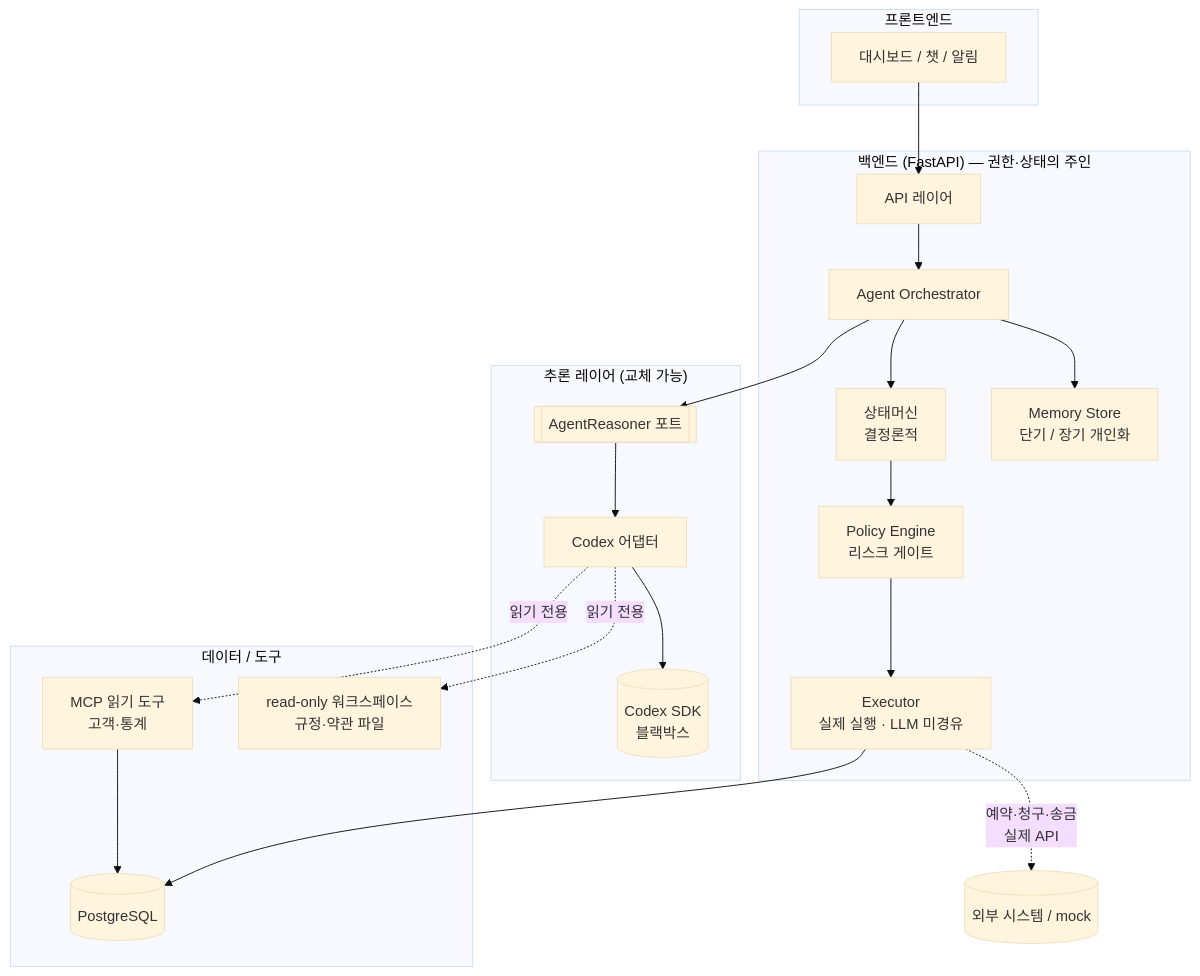
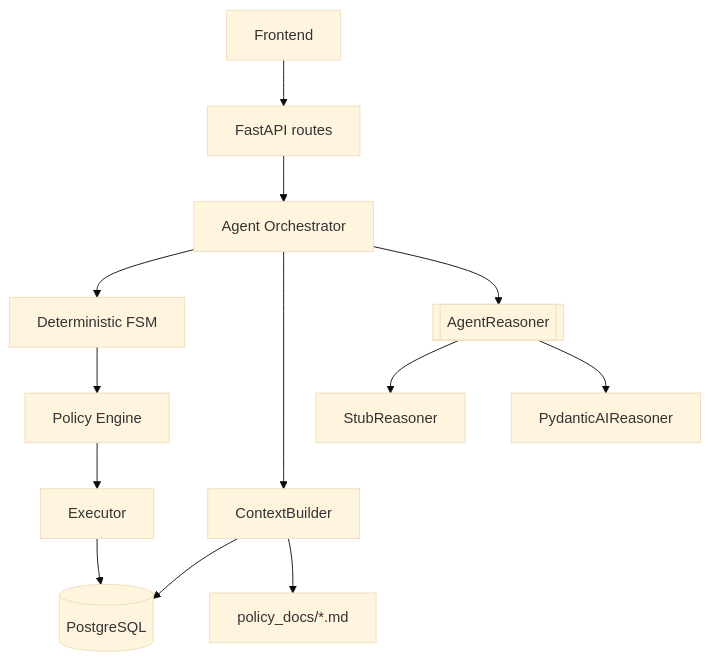
One commit to YoonMin02/JB-WM-backend changed the first of 2 diagrams in README.md. Above: the diagram before and after it, drawn with Mermaid (base theme). The commit also changed other lines of this file and 52 other files, not shown here.

````diff
--- a/README.md
+++ b/README.md
@@ -28,38 +9,15 @@
 ```mermaid
 flowchart TB
-    subgraph Client["프론트엔드"]
-        UI[대시보드 / 챗 / 알림]
-    end
-
-    subgraph Backend["백엔드 (FastAPI) — 권한·상태의 주인"]
-        API[API 레이어]
-        ORCH[Agent Orchestrator]
-        FSM[상태머신<br/>결정론적]
-        POLICY[Policy Engine<br/>리스크 게이트]
-        EXEC[Executor<br/>실제 실행 · LLM 미경유]
-        MEM[Memory Store<br/>단기 / 장기 개인화]
-    end
-
-    subgraph Reasoning["추론 레이어 (교체 가능)"]
-        PORT[[AgentReasoner 포트]]
-        ADP[Codex 어댑터]
-        SDK[(Codex SDK<br/>블랙박스)]
-    end
-
-    subgraph Data["데이터 / 도구"]
-        MCP[MCP 읽기 도구<br/>고객·통계]
-        WS[read-only 워크스페이스<br/>규정·약관 파일]
-        DB[(PostgreSQL)]
-    end
-
-    UI --> API --> ORCH
-    ORCH --> FSM
-    ORCH --> MEM
-    FSM --> POLICY --> EXEC
-    ORCH --> PORT --> ADP --> SDK
-    ADP -. 읽기 전용 .-> MCP
-    ADP -. 읽기 전용 .-> WS
-    MCP --> DB
+    UI[Frontend] --> API[FastAPI routes]
+    API --> ORCH[Agent Orchestrator]
+    ORCH --> FSM[Deterministic FSM]
+    ORCH --> CTX[ContextBuilder]
+    CTX --> DB[(PostgreSQL)]
+    CTX --> POLTXT[policy_docs/*.md]
+    ORCH --> REASONER[[AgentReasoner]]
+    REASONER --> STUB[StubReasoner]
+    REASONER --> PAI[PydanticAIReasoner]
+    FSM --> POLICY[Policy Engine]
+    POLICY --> EXEC[Executor]
     EXEC --> DB
-    EXEC -.->|예약·청구·송금<br/>실제 API| External[(외부 시스템 / mock)]
 ```
````
